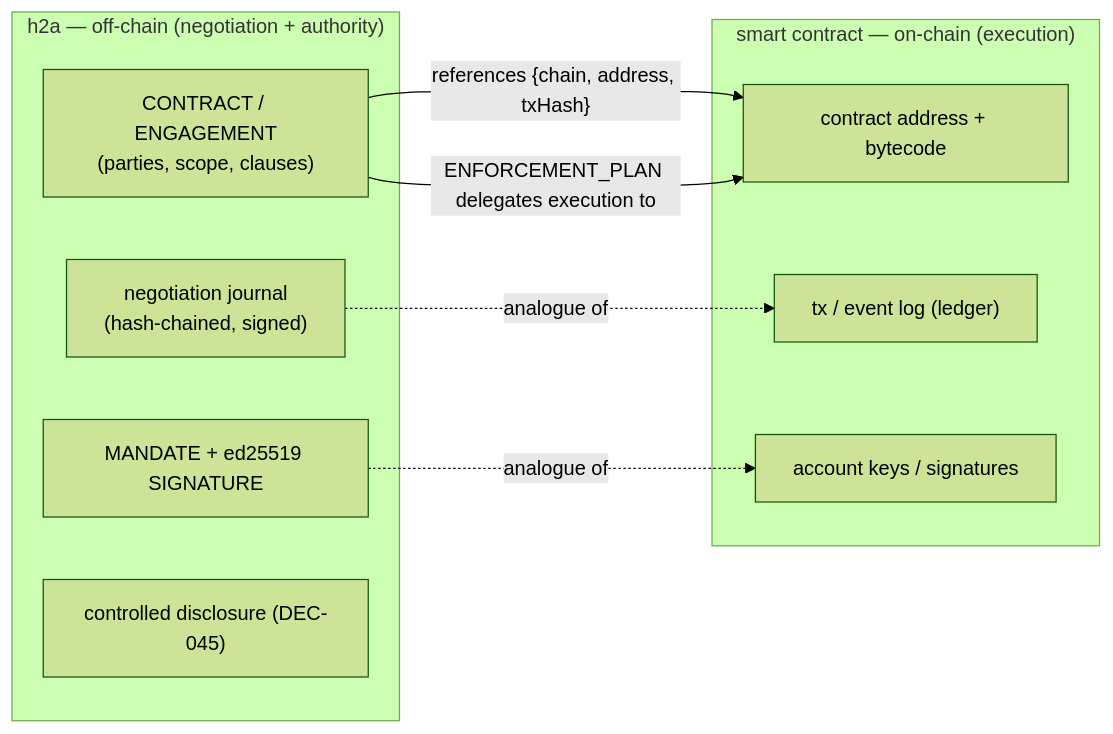
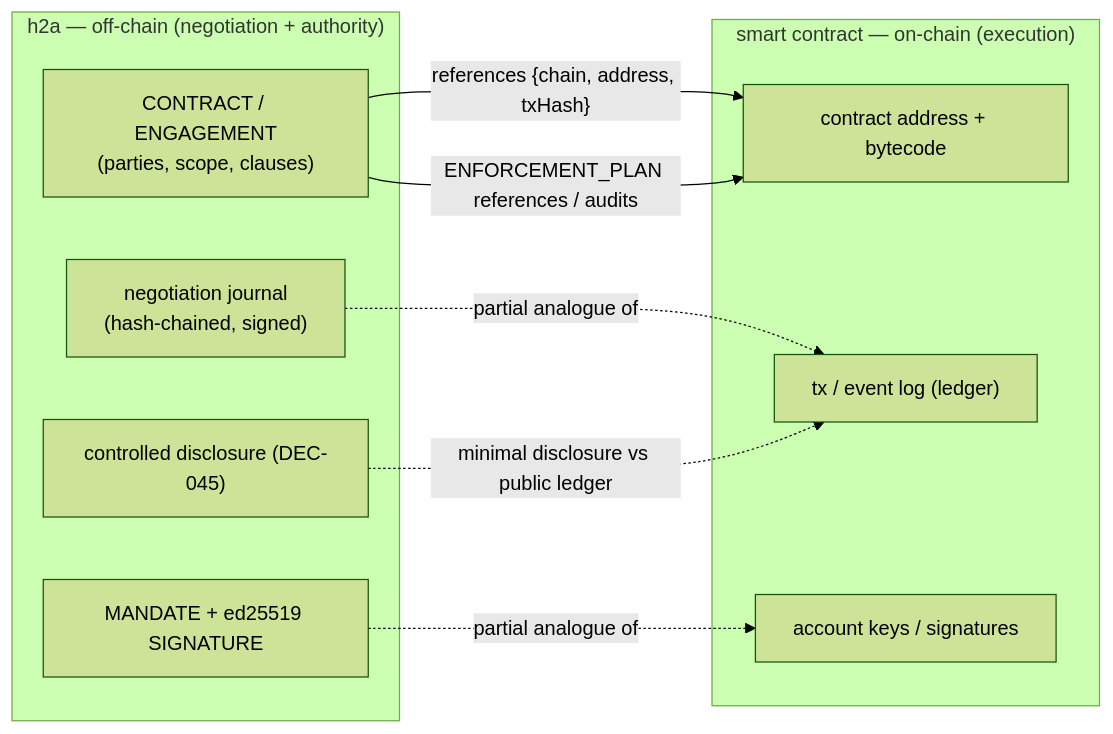
One commit to rhanka/h2a changed the diagram in evaluations/smart-contract.md. Above: the diagram before and after it, drawn with Mermaid (forest theme). The commit also changed other lines of this file and 6 other files, not shown here.

````diff
--- a/evaluations/smart-contract.md
+++ b/evaluations/smart-contract.md
@@ -11,18 +11,19 @@
 ```mermaid
 flowchart LR
   subgraph OFF["h2a — off-chain (negotiation + authority)"]
     N["negotiation journal<br/>(hash-chained, signed)"]
     C["CONTRACT / ENGAGEMENT<br/>(parties, scope, clauses)"]
     M["MANDATE + ed25519 SIGNATURE"]
     D["controlled disclosure (DEC-045)"]
   end
   subgraph ON["smart contract — on-chain (execution)"]
     X["contract address + bytecode"]
     T["tx / event log (ledger)"]
     A["account keys / signatures"]
   end
   C -->|"references {chain, address, txHash}"| X
-  N -. "analogue of" .-> T
-  M -. "analogue of" .-> A
-  C -->|"ENFORCEMENT_PLAN delegates execution to"| X
+  N -. "partial analogue of" .-> T
+  M -. "partial analogue of" .-> A
+  C -->|"ENFORCEMENT_PLAN references / audits"| X
+  D -. "minimal disclosure vs public ledger" .-> T
 ```
````
